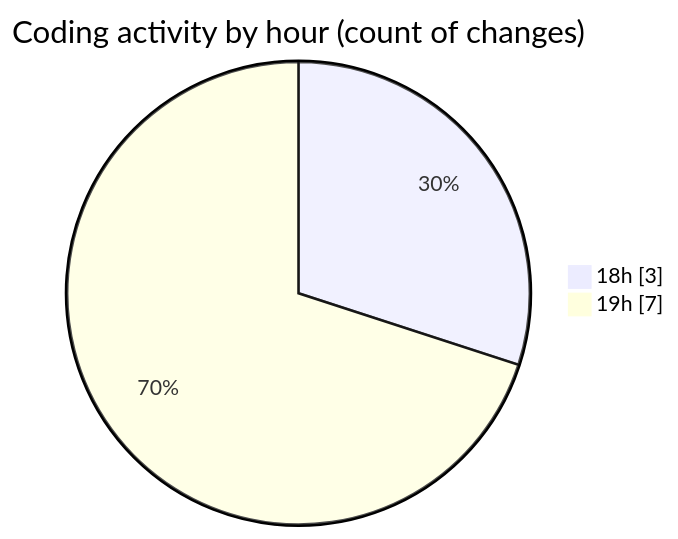
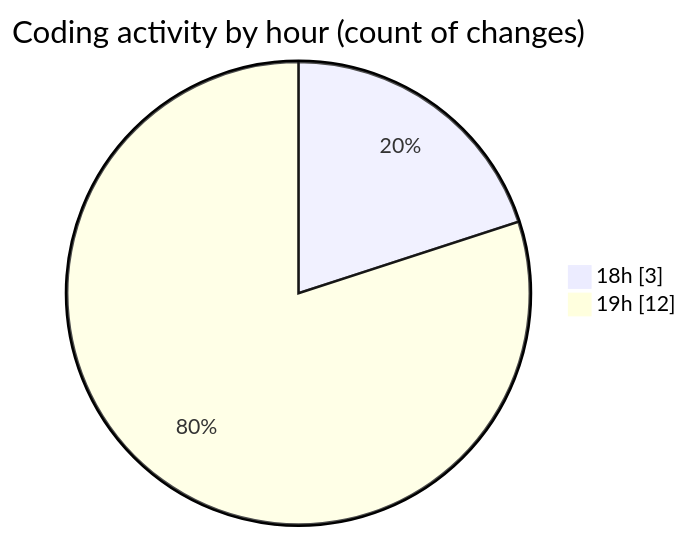
One commit to nxtqubesakshisongat/code-tracking changed the second of 2 diagrams in 2025-10-31/javacript/README.md. Above: the diagram before and after it, drawn with Mermaid. The commit also changed other lines of this file and 1 other file, not shown here.

````diff
--- a/2025-10-31/javacript/README.md
+++ b/2025-10-31/javacript/README.md
@@ -28,6 +28,6 @@
 ```mermaid
 pie showData
 title Coding activity by hour (count of changes)
 "18h" : 3
-"19h" : 7
+"19h" : 12
 ```
````
